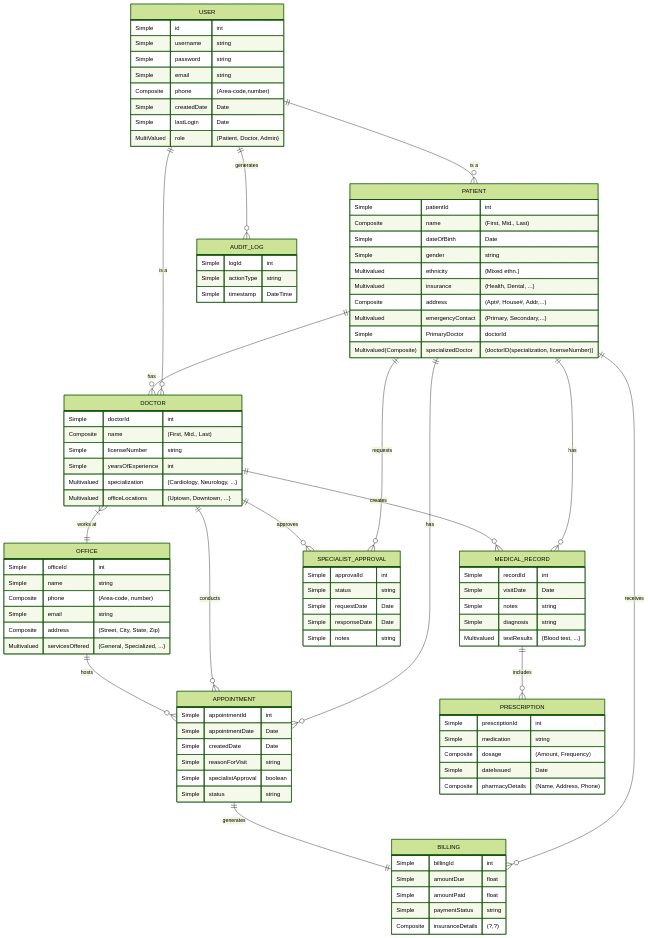
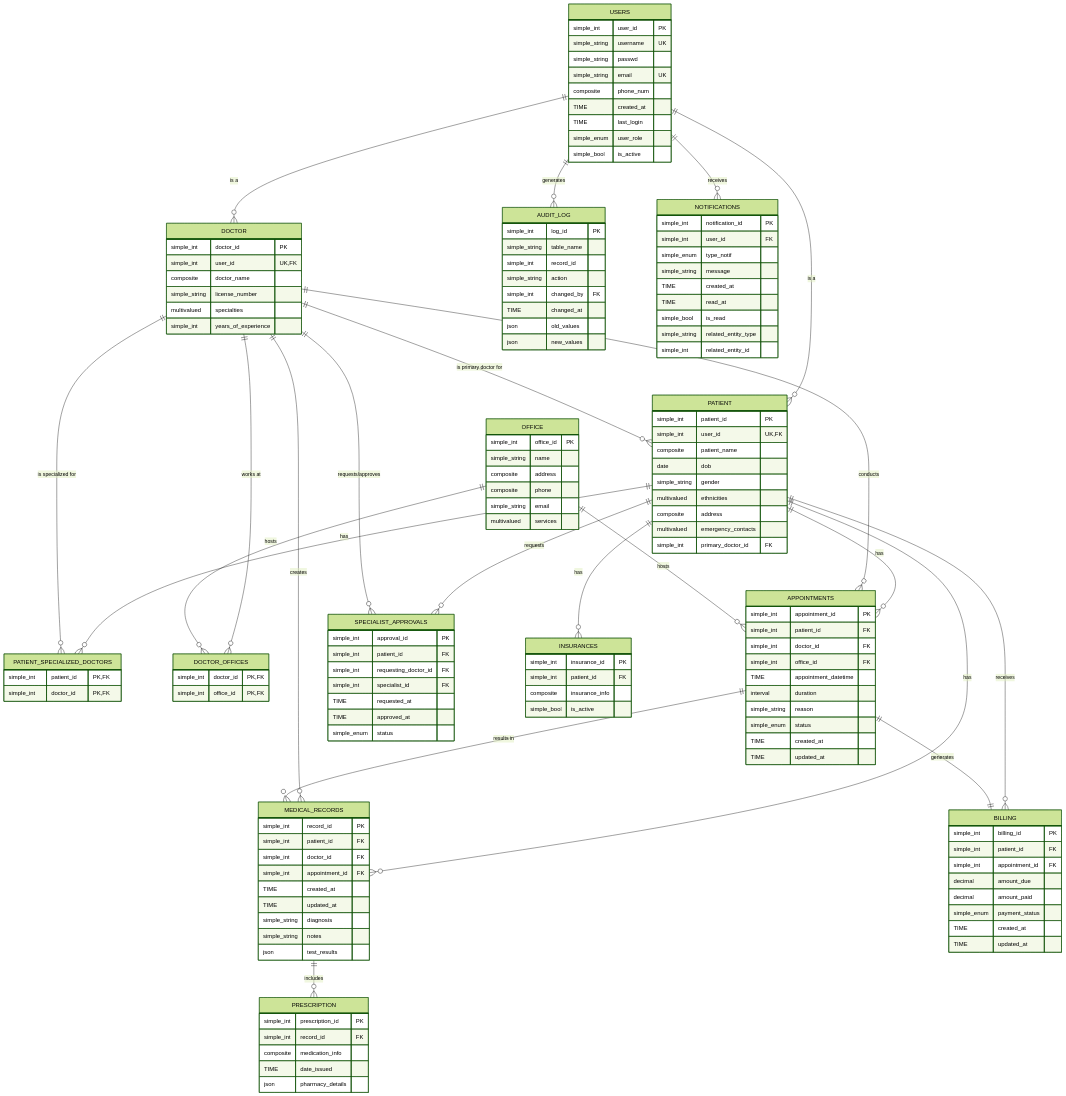
The diagram in docs/ER_MedicalDB.mmd (sudoneoox/Medical-Clinic), drawn with Mermaid (forest theme) before and after one commit. The commit also changed 1 other file, not shown here.

Commit message:
update er class diagram based on updated db schema

```diff
--- a/docs/ER_MedicalDB.mmd
+++ b/docs/ER_MedicalDB.mmd
@@ -1,98 +1,145 @@
-
 erDiagram
-    USER {
-        Simple id "int"  
-        Simple username "string" 
-        Simple password "string"
-        Simple email "string"
-        Composite phone "(Area-code,number)" 
-        Simple createdDate "Date"
-        Simple lastLogin "Date"   
-        MultiValued role "{Patient, Doctor, Admin}"
+    USERS {
+        simple_int user_id PK
+        simple_string username UK
+        simple_string passwd
+        simple_string email UK
+        composite phone_num
+        TIME created_at
+        TIME last_login
+        simple_enum user_role
+        simple_bool is_active
+    }
+    DOCTOR {
+        simple_int doctor_id PK
+        simple_int user_id UK, FK
+        composite doctor_name
+        simple_string license_number
+        multivalued specialties
+        simple_int years_of_experience
     }
     PATIENT {
-        Simple patientId "int" 
-        Composite name "(First, Mid., Last)" 
-        Simple dateOfBirth "Date" 
-        Simple gender "string"  
-        Multivalued ethnicity "{Mixed ethn.}" 
-        Multivalued insurance "{Health, Dental, ...}"  
-        Composite address "(Apt#, House#, Addr,...)" 
-        Multivalued emergencyContact "{Primary, Secondary,...}"
-        Simple PrimaryDoctor "doctorId"
-        Multivalued(Composite) specializedDoctor "{doctorID(specialization, licenseNumber)}"
-
+        simple_int patient_id PK
+        simple_int user_id UK, FK
+        composite patient_name
+        date dob
+        simple_string gender
+        multivalued ethnicities
+        composite address
+        multivalued emergency_contacts
+        simple_int primary_doctor_id FK
     }
-    DOCTOR {
-        Simple doctorId "int"
-        Composite name "(First, Mid., Last)"
-        Simple licenseNumber "string"
-        Simple yearsOfExperience "int"
-        Multivalued specialization "{Cardiology, Neurology, ...}"
-        Multivalued officeLocations "{Uptown, Downtown, ...}"
+    PATIENT_SPECIALIZED_DOCTORS {
+        simple_int patient_id PK, FK
+        simple_int doctor_id PK, FK
     }
     OFFICE {
-        Simple officeId "int"
-        Simple name "string"
-        Composite phone "(Area-code, number)"
-        Simple email "string"
-        Composite address "(Street, City, State, Zip)"
-        Multivalued servicesOffered "{General, Specialized, ...}"
+        simple_int office_id PK
+        simple_string name
+        composite address
+        composite phone
+        simple_string email
+        multivalued services
     }
-    APPOINTMENT {
-        Simple appointmentId "int"
-        Simple appointmentDate "Date"
-        Simple createdDate "Date"
-        Simple reasonForVisit "string"
-        Simple specialistApproval "boolean"
-        Simple status "string"
+    DOCTOR_OFFICES {
+        simple_int doctor_id PK, FK
+        simple_int office_id PK, FK
     }
-    MEDICAL_RECORD {
-        Simple recordId "int"
-        Simple visitDate "Date"
-        Simple notes "string"
-        Simple diagnosis "string"
-        Multivalued testResults "{Blood test, ...}"
+    APPOINTMENTS {
+        simple_int appointment_id PK
+        simple_int patient_id FK
+        simple_int doctor_id FK
+        simple_int office_id FK
+        TIME appointment_datetime
+        interval duration
+        simple_string reason
+        simple_enum status
+        TIME created_at
+        TIME updated_at
+    }
+    MEDICAL_RECORDS {
+        simple_int record_id PK
+        simple_int patient_id FK
+        simple_int doctor_id FK
+        simple_int appointment_id FK
+        TIME created_at
+        TIME updated_at
+        simple_string diagnosis
+        simple_string notes
+        json test_results
     }
     PRESCRIPTION {
-        Simple prescriptionId "int"
-        Simple medication "string"
-        Composite dosage "(Amount, Frequency)"
-        Simple dateIssued "Date"
-        Composite pharmacyDetails "(Name, Address, Phone)"
+        simple_int prescription_id PK
+        simple_int record_id FK
+        composite medication_info
+        TIME date_issued
+        json pharmacy_details
     }
-    SPECIALIST_APPROVAL {
-        Simple approvalId "int"
-        Simple status "string"
-        Simple requestDate "Date"
-        Simple responseDate "Date"
-        Simple notes "string"
+    SPECIALIST_APPROVALS {
+        simple_int approval_id PK
+        simple_int patient_id FK
+        simple_int requesting_doctor_id FK
+        simple_int specialist_id FK
+        TIME requested_at
+        TIME approved_at
+        simple_enum status
     }
     BILLING {
-        Simple billingId "int"
-        Simple amountDue "float"
-        Simple amountPaid "float"
-        Simple paymentStatus "string"
-        Composite insuranceDetails "(?,?)"
+        simple_int billing_id PK
+        simple_int patient_id FK
+        simple_int appointment_id FK
+        decimal amount_due
+        decimal amount_paid
+        simple_enum payment_status
+        TIME created_at
+        TIME updated_at
+    }
+    INSURANCES {
+        simple_int insurance_id PK
+        simple_int patient_id FK
+        composite insurance_info
+        simple_bool is_active
     }
     AUDIT_LOG {
-        Simple logId "int"
-        Simple actionType "string"
-        Simple timestamp "DateTime"
+        simple_int log_id PK
+        simple_string table_name
+        simple_int record_id
+        simple_string action
+        simple_int changed_by FK
+        TIME changed_at
+        json old_values
+        json new_values
+    }
+    NOTIFICATIONS {
+        simple_int notification_id PK
+        simple_int user_id FK
+        simple_enum type_notif
+        simple_string message
+        TIME created_at
+        TIME read_at
+        simple_bool is_read
+        simple_string related_entity_type
+        simple_int related_entity_id
     }
 
-    USER ||--o{ PATIENT : "is a"
-    USER ||--o{ DOCTOR : "is a"
-    PATIENT ||--o{ APPOINTMENT : "has"
-    PATIENT ||--o{ DOCTOR: "has" 
-    DOCTOR ||--o{ APPOINTMENT : "conducts"
-    OFFICE ||--o{ APPOINTMENT : "hosts"
-    PATIENT ||--o{ MEDICAL_RECORD : "has"
-    DOCTOR ||--o{ MEDICAL_RECORD : "creates"
-    MEDICAL_RECORD ||--o{ PRESCRIPTION : "includes"
-    PATIENT ||--o{ SPECIALIST_APPROVAL : "requests"
-    DOCTOR ||--o{ SPECIALIST_APPROVAL : "approves"
+    USERS ||--o{ DOCTOR : "is a"
+    USERS ||--o{ PATIENT : "is a"
+    DOCTOR ||--o{ PATIENT : "is primary doctor for"
+    PATIENT ||--o{ PATIENT_SPECIALIZED_DOCTORS : "has"
+    DOCTOR ||--o{ PATIENT_SPECIALIZED_DOCTORS : "is specialized for"
+    DOCTOR ||--o{ DOCTOR_OFFICES : "works at"
+    OFFICE ||--o{ DOCTOR_OFFICES : "hosts"
+    PATIENT ||--o{ APPOINTMENTS : "has"
+    DOCTOR ||--o{ APPOINTMENTS : "conducts"
+    OFFICE ||--o{ APPOINTMENTS : "hosts"
+    PATIENT ||--o{ MEDICAL_RECORDS : "has"
+    DOCTOR ||--o{ MEDICAL_RECORDS : "creates"
+    APPOINTMENTS ||--o{ MEDICAL_RECORDS : "results in"
+    MEDICAL_RECORDS ||--o{ PRESCRIPTION : "includes"
+    PATIENT ||--o{ SPECIALIST_APPROVALS : "requests"
+    DOCTOR ||--o{ SPECIALIST_APPROVALS : "requests/approves"
     PATIENT ||--o{ BILLING : "receives"
-    APPOINTMENT ||--|| BILLING : "generates"
-    USER ||--o{ AUDIT_LOG : "generates"
-    DOCTOR }|--|| OFFICE : "works at"
+    APPOINTMENTS ||--|| BILLING : "generates"
+    PATIENT ||--o{ INSURANCES : "has"
+    USERS ||--o{ AUDIT_LOG : "generates"
+    USERS ||--o{ NOTIFICATIONS : "receives"
```
